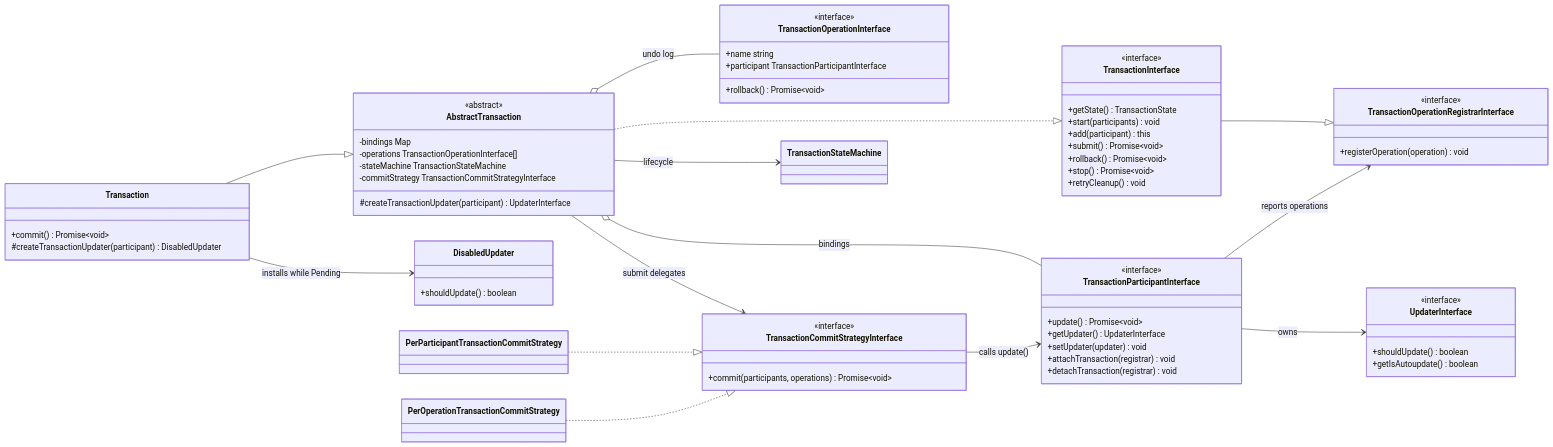
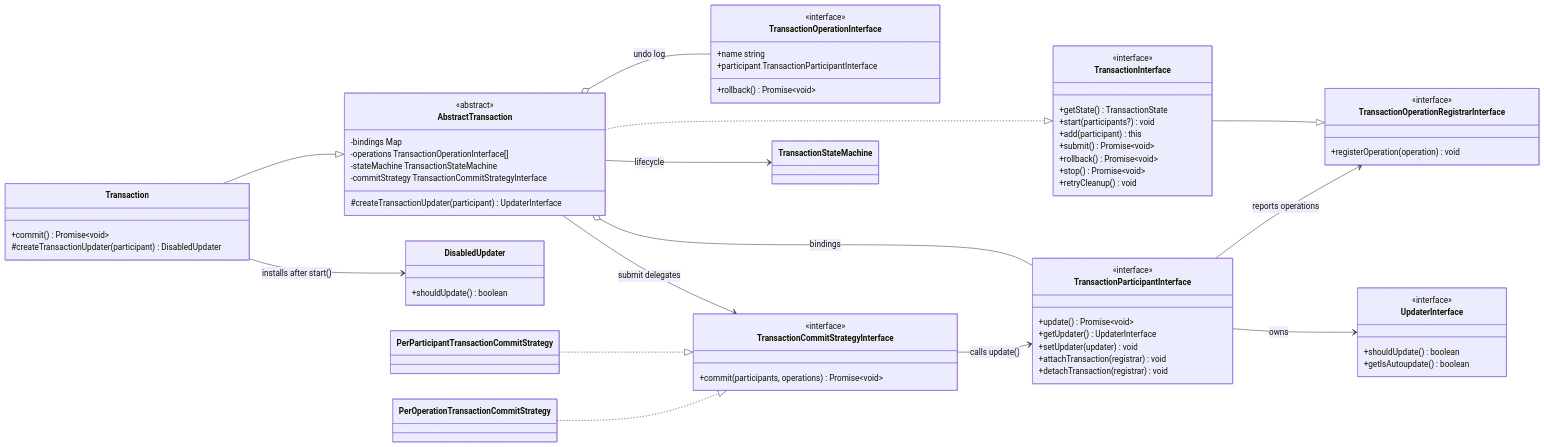
One commit to Frxnklyn/npm-transaction-manager changed the diagram in README.md. Above: the diagram before and after it, drawn with Mermaid. The commit also changed other lines of this file and 12 other files, not shown here.

```diff
--- a/README.md
+++ b/README.md
@@ -33,7 +33,7 @@
     class TransactionInterface {
         <<interface>>
         +getState() TransactionState
-        +start(participants) void
+        +start(participants?) void
         +add(participant) this
         +submit() Promise~void~
         +rollback() Promise~void~
@@ -99,7 +99,7 @@
     AbstractTransaction o-- TransactionOperationInterface : undo log
     AbstractTransaction --> TransactionStateMachine : lifecycle
     AbstractTransaction --> TransactionCommitStrategyInterface : submit delegates
-    Transaction --> DisabledUpdater : installs while Pending
+    Transaction --> DisabledUpdater : installs after start()
     PerParticipantTransactionCommitStrategy ..|> TransactionCommitStrategyInterface
     PerOperationTransactionCommitStrategy ..|> TransactionCommitStrategyInterface
     TransactionCommitStrategyInterface --> TransactionParticipantInterface : calls update()
```
